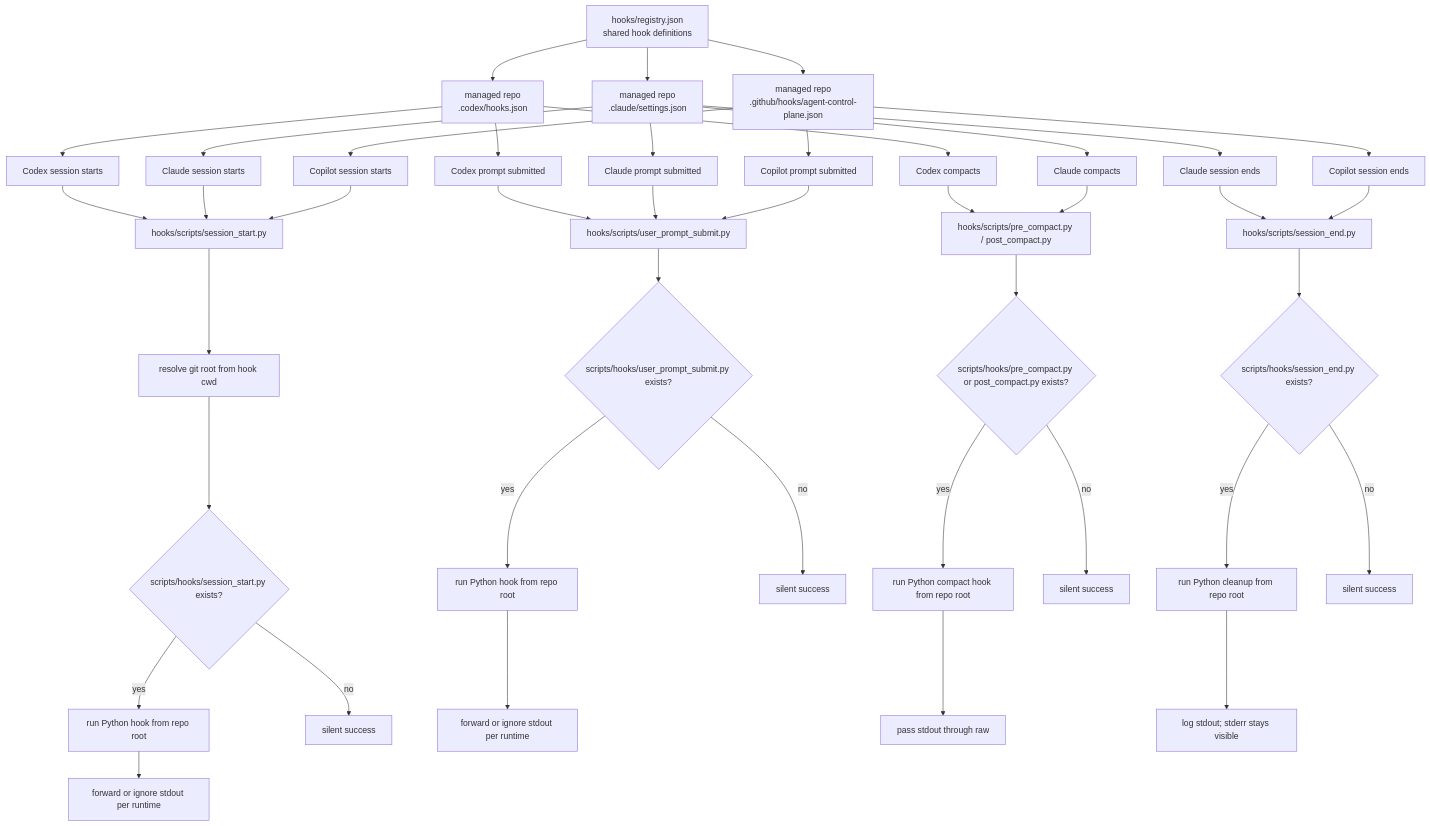
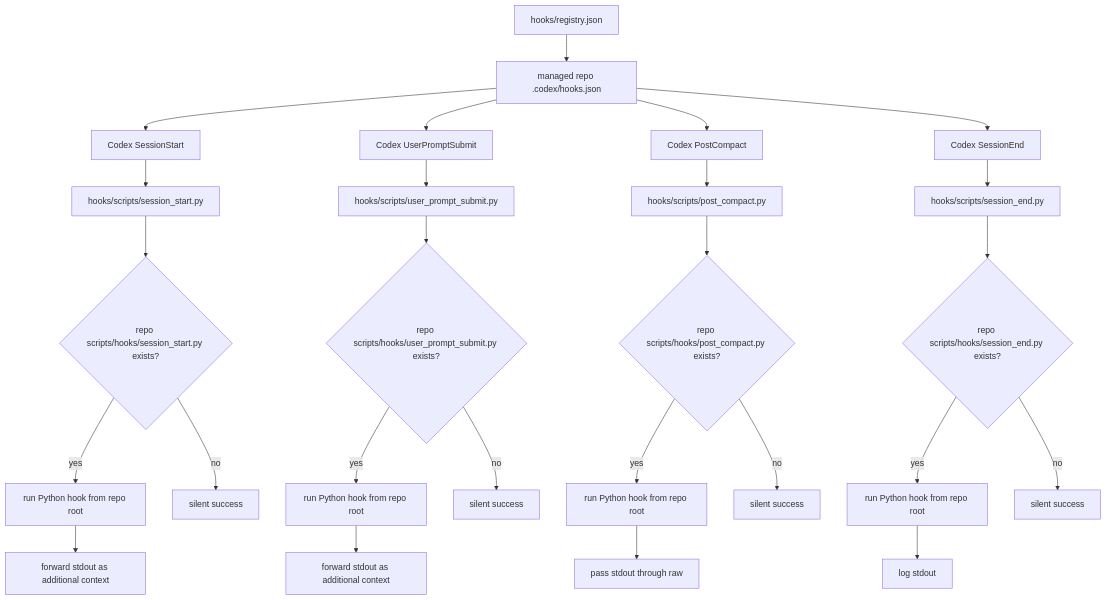
The third of 4 diagrams in docs/architecture/codex-control-plane-script-flows.md (wisdom-in-a-nutshell/.agents), drawn with Mermaid before and after one commit. The commit also changed other lines of this file and 165 other files, not shown here.

Commit message:
Make agent control plane Codex-only

````diff
--- a/docs/architecture/codex-control-plane-script-flows.md
+++ b/docs/architecture/codex-control-plane-script-flows.md
@@ -129,43 +66,31 @@
 ```mermaid
 flowchart TD
-    A[hooks/registry.json<br/>shared hook definitions] --> B2[managed repo<br/>.codex/hooks.json]
-    A --> C[managed repo<br/>.claude/settings.json]
-    A --> Y[managed repo<br/>.github/hooks/agent-control-plane.json]
-    B2 --> D[Codex session starts]
-    C --> E[Claude session starts]
-    Y --> Z[Copilot session starts]
-    D --> F[hooks/scripts/session_start.py]
-    E --> F
-    Z --> F
-    F --> G[resolve git root from hook cwd]
-    G --> H{scripts/hooks/session_start.py exists?}
-    H -->|yes| I[run Python hook from repo root]
-    I --> J[forward or ignore stdout per runtime]
-    H -->|no| K[silent success]
-    B2 --> L[Codex prompt submitted]
-    C --> M[Claude prompt submitted]
-    Y --> M2[Copilot prompt submitted]
-    L --> N[hooks/scripts/user_prompt_submit.py]
-    M --> N
-    M2 --> N
-    N --> O{scripts/hooks/user_prompt_submit.py exists?}
-    O -->|yes| P[run Python hook from repo root]
-    P --> Q[forward or ignore stdout per runtime]
-    O -->|no| R[silent success]
-    B2 --> AA[Codex compacts]
-    C --> AB[Claude compacts]
-    AA --> AC[hooks/scripts/pre_compact.py / post_compact.py]
-    AB --> AC
-    AC --> AD{scripts/hooks/pre_compact.py or post_compact.py exists?}
-    AD -->|yes| AE[run Python compact hook from repo root]
-    AE --> AF[pass stdout through raw]
-    AD -->|no| AG[silent success]
-    C --> S[Claude session ends]
-    Y --> S2[Copilot session ends]
-    S --> T[hooks/scripts/session_end.py]
-    S2 --> T
-    T --> U{scripts/hooks/session_end.py exists?}
-    U -->|yes| V[run Python cleanup from repo root]
-    V --> W[log stdout; stderr stays visible]
-    U -->|no| X[silent success]
+    A["hooks/registry.json"] --> B["managed repo .codex/hooks.json"]
+    B --> C["Codex SessionStart"]
+    C --> D["hooks/scripts/session_start.py"]
+    D --> E{"repo scripts/hooks/session_start.py exists?"}
+    E -->|"yes"| F["run Python hook from repo root"]
+    F --> G["forward stdout as additional context"]
+    E -->|"no"| H["silent success"]
+
+    B --> I["Codex UserPromptSubmit"]
+    I --> J["hooks/scripts/user_prompt_submit.py"]
+    J --> K{"repo scripts/hooks/user_prompt_submit.py exists?"}
+    K -->|"yes"| L["run Python hook from repo root"]
+    L --> M["forward stdout as additional context"]
+    K -->|"no"| N["silent success"]
+
+    B --> O["Codex PostCompact"]
+    O --> P["hooks/scripts/post_compact.py"]
+    P --> Q{"repo scripts/hooks/post_compact.py exists?"}
+    Q -->|"yes"| R["run Python hook from repo root"]
+    R --> S["pass stdout through raw"]
+    Q -->|"no"| T["silent success"]
+
+    B --> U["Codex SessionEnd"]
+    U --> V["hooks/scripts/session_end.py"]
+    V --> W{"repo scripts/hooks/session_end.py exists?"}
+    W -->|"yes"| X["run Python hook from repo root"]
+    X --> Y["log stdout"]
+    W -->|"no"| Z["silent success"]
 ```
````
